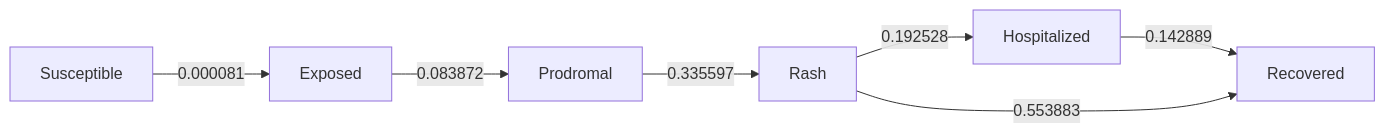
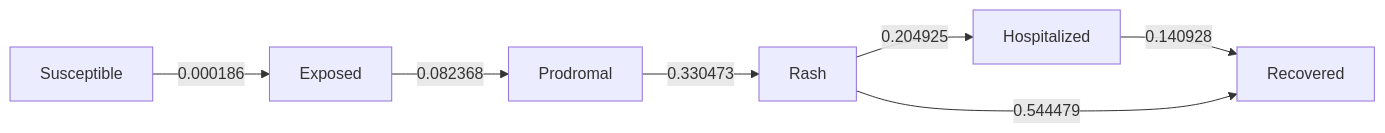
Before and after one commit to EpiForeSITE/epiworld-measles: the diagram in scenarios/edgemont_92/README.md, drawn with Mermaid. The commit also changed other lines of this file and 34 other files, not shown here.

````diff
--- a/scenarios/edgemont_92/README.md
+++ b/scenarios/edgemont_92/README.md
@@ -103,16 +104,16 @@
 ``` mermaid
 flowchart LR
     s0[Exposed]
     s1[Hospitalized]
     s2[Prodromal]
     s3[Rash]
     s4[Recovered]
     s5[Susceptible]
-    s0 -->|0.083872| s2
-    s1 -->|0.142889| s4
-    s2 -->|0.335597| s3
-    s3 -->|0.192528| s1
-    s3 -->|0.553883| s4
-    s5 -->|0.000081| s0
+    s0 -->|0.082368| s2
+    s1 -->|0.140928| s4
+    s2 -->|0.330473| s3
+    s3 -->|0.204925| s1
+    s3 -->|0.544479| s4
+    s5 -->|0.000186| s0
 
 ```
````
